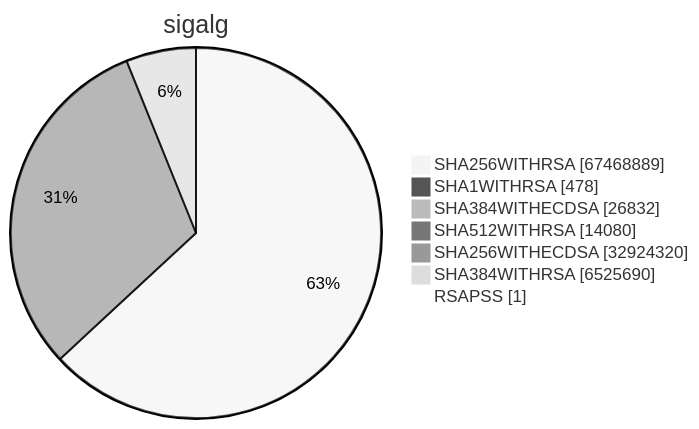
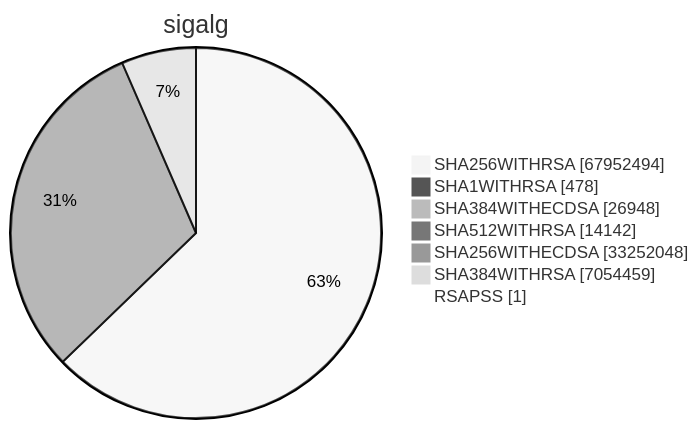
One commit to christiankrug/ctmonitor_visualization changed diagram 15 of 15 in xenon2023/README.md. Above: the diagram before and after it, drawn with Mermaid (neutral theme). The commit also changed other lines of this file, not shown here.

````diff
--- a/xenon2023/README.md
+++ b/xenon2023/README.md
@@ -4474,11 +4484,11 @@
 ```mermaid
 pie showData
 title sigalg
-"SHA256WITHRSA" :67468889
+"SHA256WITHRSA" :67952494
 "SHA1WITHRSA" :478
-"SHA384WITHECDSA" :26832
-"SHA512WITHRSA" :14080
-"SHA256WITHECDSA" :32924320
-"SHA384WITHRSA" :6525690
+"SHA384WITHECDSA" :26948
+"SHA512WITHRSA" :14142
+"SHA256WITHECDSA" :33252048
+"SHA384WITHRSA" :7054459
 "RSAPSS" :1
 ```
````
